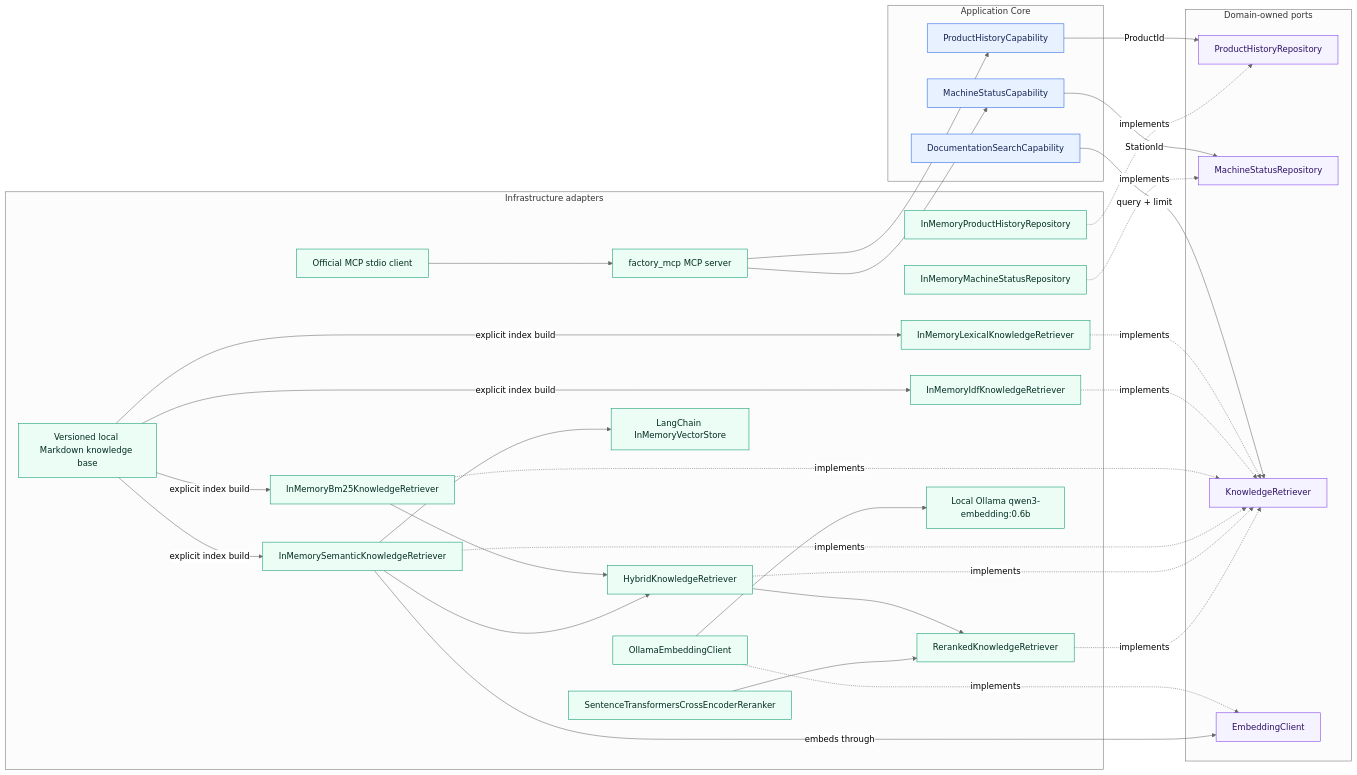
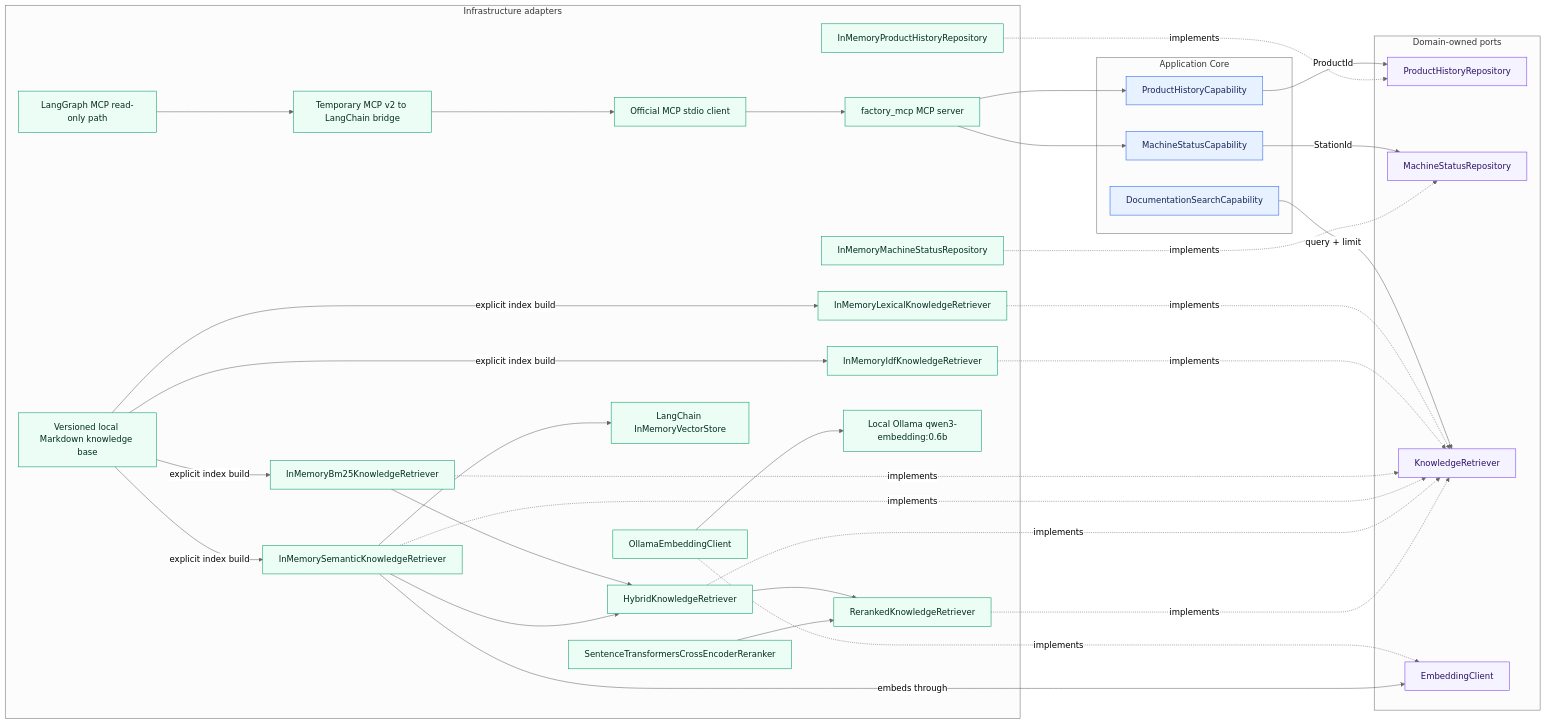
One commit to aboerzel/industrial-ai-agent changed the first of 11 diagrams in docs/architecture/overview.md. Above: the diagram before and after it, drawn with Mermaid (neutral theme). The commit also changed other lines of this file and 13 other files, not shown here.

Commit message:
Integrate MCP tools with LangGraph agent

````diff
--- a/docs/architecture/overview.md
+++ b/docs/architecture/overview.md
@@ -26,67 +29,71 @@
 ```mermaid
 flowchart LR
     subgraph Core["Application Core"]
         PHC["ProductHistoryCapability"]
         MSC["MachineStatusCapability"]
         DSC["DocumentationSearchCapability"]
     end
 
     subgraph Ports["Domain-owned ports"]
         PHR["ProductHistoryRepository"]
         MSR["MachineStatusRepository"]
         KR["KnowledgeRetriever"]
         EP["EmbeddingClient"]
     end
 
     subgraph Infrastructure["Infrastructure adapters"]
         PHM["InMemoryProductHistoryRepository"]
         MSM["InMemoryMachineStatusRepository"]
         LKR["InMemoryLexicalKnowledgeRetriever"]
         IDF["InMemoryIdfKnowledgeRetriever"]
         BM25["InMemoryBm25KnowledgeRetriever"]
         SEM["InMemorySemanticKnowledgeRetriever"]
         HYB["HybridKnowledgeRetriever"]
         RER["RerankedKnowledgeRetriever"]
         CEP["SentenceTransformersCrossEncoderReranker"]
         OEC["OllamaEmbeddingClient"]
         VEC["LangChain InMemoryVectorStore"]
         KB["Versioned local Markdown knowledge base"]
         OLLAMA["Local Ollama qwen3-embedding:0.6b"]
         FMCP["factory_mcp MCP server"]
         MCPCLIENT["Official MCP stdio client"]
+        MCPBRIDGE["Temporary MCP v2 to LangChain bridge"]
+        LG["LangGraph MCP read-only path"]
     end
 
     PHC -->|"ProductId"| PHR
     MSC -->|"StationId"| MSR
     DSC -->|"query + limit"| KR
     PHM -.->|"implements"| PHR
     MSM -.->|"implements"| MSR
     LKR -.->|"implements"| KR
     IDF -.->|"implements"| KR
     BM25 -.->|"implements"| KR
     SEM -.->|"implements"| KR
     HYB -.->|"implements"| KR
     RER -.->|"implements"| KR
     OEC -.->|"implements"| EP
     KB -->|"explicit index build"| LKR
     KB -->|"explicit index build"| IDF
     KB -->|"explicit index build"| BM25
     KB -->|"explicit index build"| SEM
     BM25 --> HYB
     SEM --> HYB
     HYB --> RER
     CEP --> RER
     SEM -->|"embeds through"| EP
     SEM --> VEC
     OEC --> OLLAMA
     FMCP --> PHC
     FMCP --> MSC
     MCPCLIENT --> FMCP
+    LG --> MCPBRIDGE
+    MCPBRIDGE --> MCPCLIENT
 
     classDef core fill:#e8f1ff,stroke:#2563eb,color:#172554
     classDef port fill:#f5f3ff,stroke:#7c3aed,color:#2e1065
     classDef adapter fill:#ecfdf5,stroke:#059669,color:#022c22
     class PHC,MSC,DSC core
     class PHR,MSR,KR,EP port
-    class PHM,MSM,LKR,IDF,BM25,SEM,HYB,RER,CEP,OEC,VEC,KB,OLLAMA,FMCP,MCPCLIENT adapter
+    class PHM,MSM,LKR,IDF,BM25,SEM,HYB,RER,CEP,OEC,VEC,KB,OLLAMA,FMCP,MCPCLIENT,MCPBRIDGE,LG adapter
 ```
````
